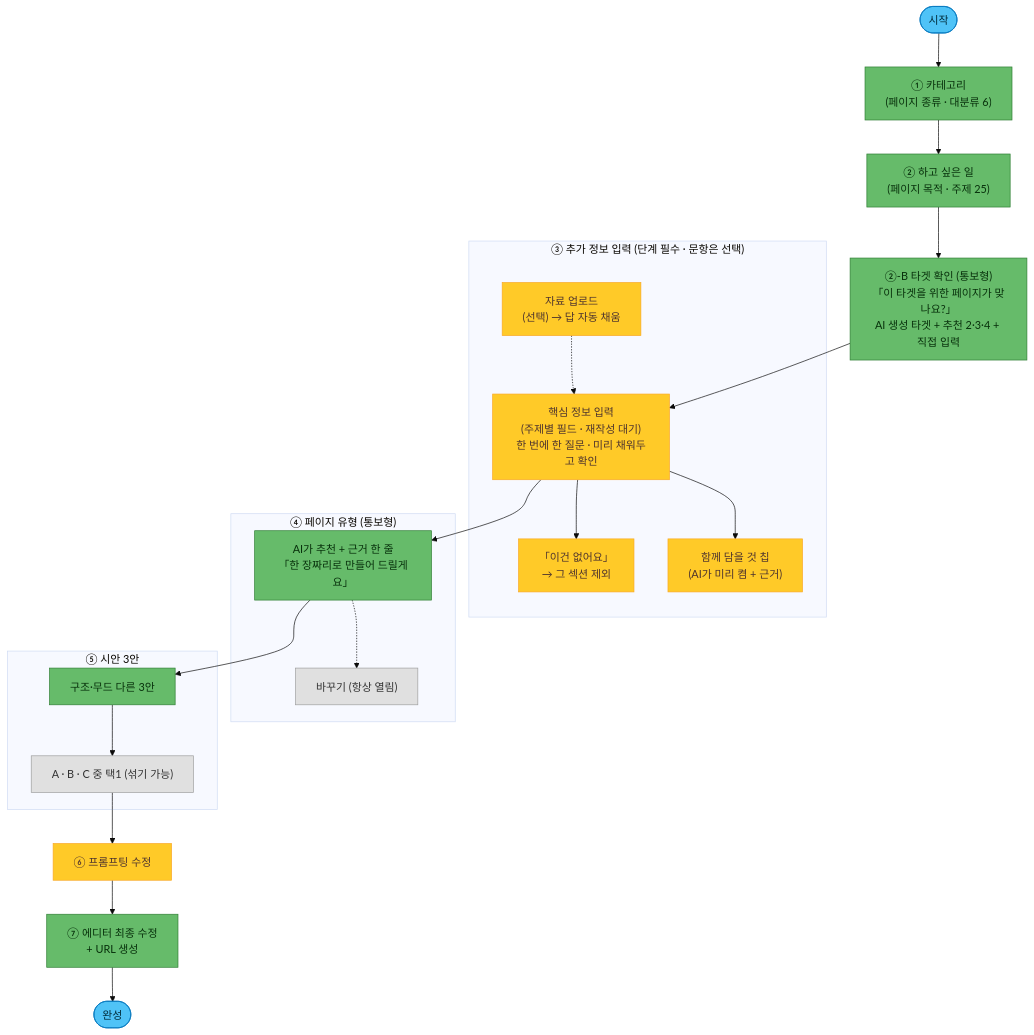
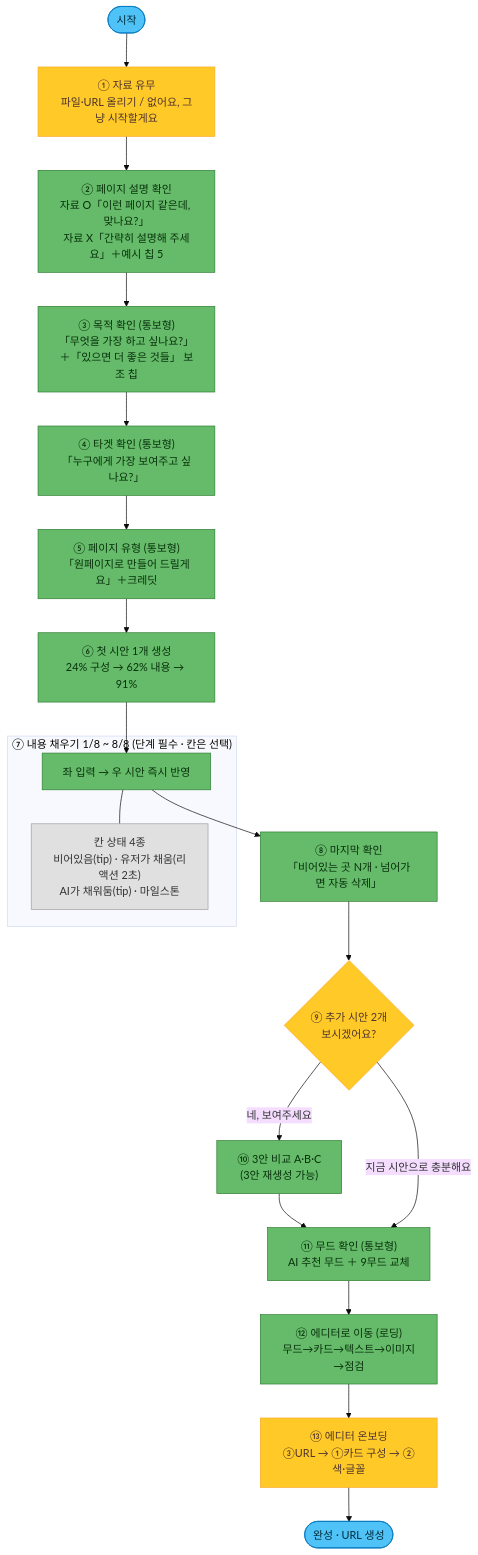
One commit to CdBd-in/cdbd-templates changed the diagram in 4. AI 페이지 빌더/1-9. AI 유저 플로우.md. Above: the diagram before and after it, drawn with Mermaid (base theme). The commit also changed other lines of this file and 2 other files, not shown here.

````diff
--- a/4. AI 페이지 빌더/1-9. AI 유저 플로우.md
+++ b/4. AI 페이지 빌더/1-9. AI 유저 플로우.md
@@ -185,39 +185,33 @@
 ```mermaid
 flowchart TD
     Start(["시작"]):::term
-    C1["① 카테고리<br/>(페이지 종류 · 대분류 6)"]:::req
-    C2["② 하고 싶은 일<br/>(페이지 목적 · 주제 25)"]:::req
-    TG["②-B 타겟 확인 (통보형)<br/>「이 타겟을 위한 페이지가 맞나요?」<br/>AI 생성 타겟 + 추천 2·3·4 + 직접 입력"]:::req
-    subgraph P3["③ 추가 정보 입력 (단계 필수 · 문항은 선택)"]
-        QS["핵심 정보 입력<br/>(주제별 필드 · 재작성 대기)<br/>한 번에 한 질문 · 미리 채워두고 확인"]:::opt
-        NO["「이건 없어요」<br/>→ 그 섹션 제외"]:::opt
-        CH["함께 담을 것 칩<br/>(AI가 미리 켬 + 근거)"]:::opt
-        UP["자료 업로드<br/>(선택) → 답 자동 채움"]:::opt
-        UP -.-> QS
-        QS --> NO
-        QS --> CH
+    S1["① 자료 유무<br/>파일·URL 올리기 / 없어요, 그냥 시작할게요"]:::opt
+    S2["② 페이지 설명 확인<br/>자료 O「이런 페이지 같은데, 맞나요?」<br/>자료 X「간략히 설명해 주세요」＋예시 칩 5"]:::req
+    S3["③ 목적 확인 (통보형)<br/>「무엇을 가장 하고 싶나요?」<br/>＋「있으면 더 좋은 것들」 보조 칩"]:::req
+    S4["④ 타겟 확인 (통보형)<br/>「누구에게 가장 보여주고 싶나요?」"]:::req
+    S5["⑤ 페이지 유형 (통보형)<br/>「원페이지로 만들어 드릴게요」＋크레딧"]:::req
+    S6["⑥ 첫 시안 1개 생성<br/>24% 구성 → 62% 내용 → 91%"]:::req
+    subgraph P7["⑦ 내용 채우기 1/8 ~ 8/8 (단계 필수 · 칸은 선택)"]
+        F1["좌 입력 → 우 시안 즉시 반영"]:::req
+        F2["칸 상태 4종<br/>비어있음(tip) · 유저가 채움(리액션 2초)<br/>AI가 채워둠(tip) · 마일스톤"]:::sub
+        F1 --- F2
     end
-    subgraph P4["④ 페이지 유형 (통보형)"]
-        REC["AI가 추천 + 근거 한 줄<br/>「한 장짜리로 만들어 드릴게요」"]:::req
-        CHG["바꾸기 (항상 열림)"]:::sub
-        REC -.-> CHG
-    end
-    subgraph P5["⑤ 시안 3안"]
-        G["구조·무드 다른 3안"]:::req
-        ABC["A · B · C 중 택1 (섞기 가능)"]:::sub
-        G --> ABC
-    end
-    P6["⑥ 프롬프팅 수정"]:::opt
-    P7["⑦ 에디터 최종 수정<br/>+ URL 생성"]:::req
-    Done(["완성"]):::term
+    S8["⑧ 마지막 확인<br/>「비어있는 곳 N개 · 넘어가면 자동 삭제」"]:::req
+    S9{"⑨ 추가 시안 2개<br/>보시겠어요?"}:::opt
+    S10["⑩ 3안 비교 A·B·C<br/>(3안 재생성 가능)"]:::req
+    S11["⑪ 무드 확인 (통보형)<br/>AI 추천 무드 ＋ 9무드 교체"]:::req
+    S12["⑫ 에디터로 이동 (로딩)<br/>무드→카드→텍스트→이미지→점검"]:::req
+    S13["⑬ 에디터 온보딩<br/>③URL → ①카드 구성 → ②색·글꼴"]:::opt
+    Done(["완성 · URL 생성"]):::term
 
-    Start --> C1 --> C2 --> TG --> QS
-    QS --> REC
-    REC --> G
-    ABC --> P6 --> P7 --> Done
+    Start --> S1 --> S2 --> S3 --> S4 --> S5 --> S6 --> F1
+    F1 --> S8 --> S9
+    S9 -- "네, 보여주세요" --> S10 --> S11
+    S9 -- "지금 시안으로 충분해요" --> S11
+    S11 --> S12 --> S13 --> Done
 
     classDef term fill:#4FC3F7,stroke:#0277BD,color:#012B39;
     classDef opt fill:#FFCA28,stroke:#F9A825,color:#4E342E;
     classDef req fill:#66BB6A,stroke:#2E7D32,color:#08310C;
     classDef sub fill:#E0E0E0,stroke:#9E9E9E,color:#333333;
 ```
````
